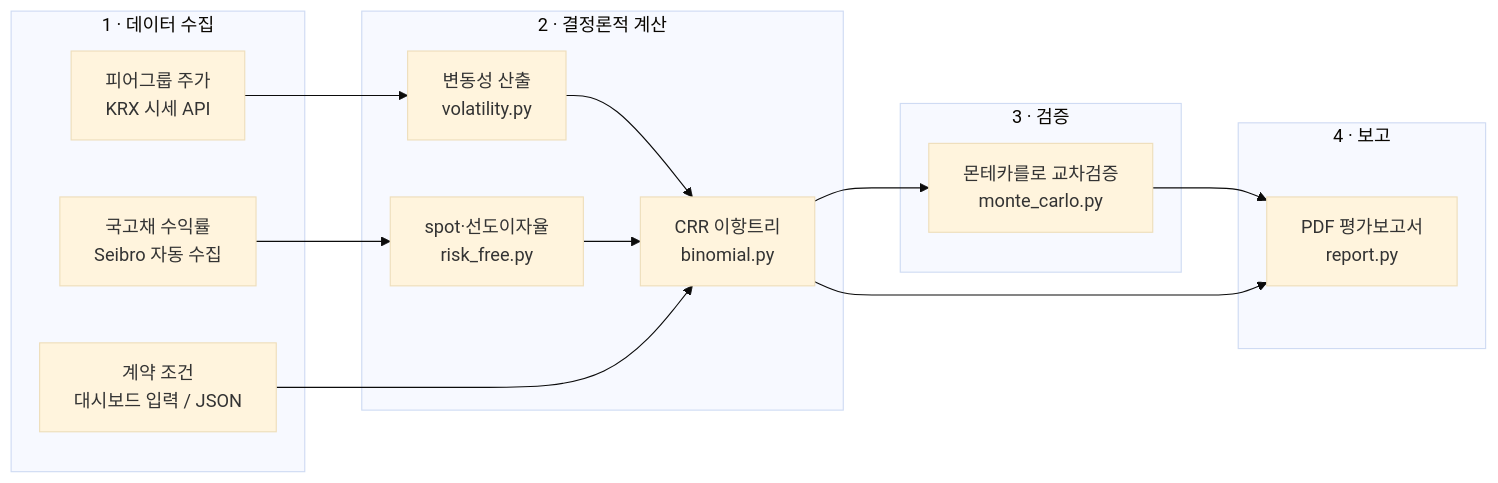
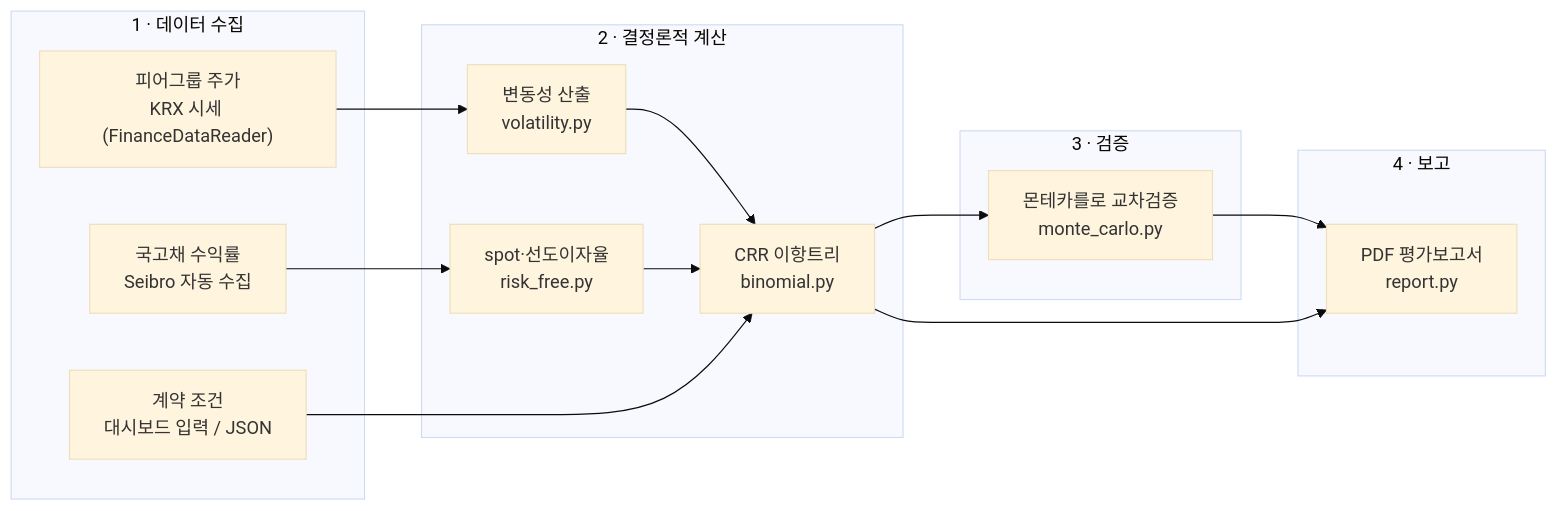
The diagram in README.md (jung-yonghee13/binomial-valuation), drawn with Mermaid (base theme) before and after one commit. The commit also changed other lines of this file, not shown here.

Commit message:
docs: 데이터 수집 방식 표현 정정 - API 연동 표현을 실제 방식(오픈소스 라이브러리·내부 요청 호출)으로 명시

````diff
--- a/README.md
+++ b/README.md
@@ -22,24 +22,24 @@
 ```mermaid
 flowchart LR
   subgraph acquire["1 · 데이터 수집"]
-    A["피어그룹 주가<br/>KRX 시세 API"]
+    A["피어그룹 주가<br/>KRX 시세 (FinanceDataReader)"]
     B["국고채 수익률<br/>Seibro 자동 수집"]
     C["계약 조건<br/>대시보드 입력 / JSON"]
   end
   subgraph compute["2 · 결정론적 계산"]
     D["변동성 산출<br/>volatility.py"]
     E["spot·선도이자율<br/>risk_free.py"]
     F["CRR 이항트리<br/>binomial.py"]
   end
   subgraph verify["3 · 검증"]
     G["몬테카를로 교차검증<br/>monte_carlo.py"]
   end
   subgraph report["4 · 보고"]
     H["PDF 평가보고서<br/>report.py"]
   end
   A --> D --> F
   B --> E --> F
   C --> F
   F --> G --> H
   F --> H
 ```
````
